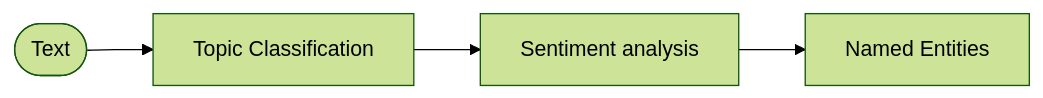
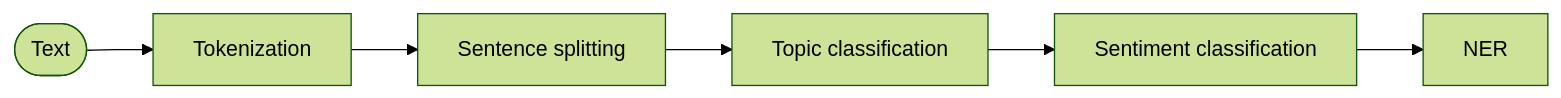
The diagram in blog/one-stop-nlp/index.qmd (psimm/website), drawn with Mermaid (forest theme) before and after one commit. The commit also changed other lines of this file and 6 other files, not shown here.

````diff
--- a/blog/one-stop-nlp/index.qmd
+++ b/blog/one-stop-nlp/index.qmd
@@ -391,6 +390,8 @@
 ```{mermaid}
 graph LR
-    A([Text]) --> B[Topic Classification]
-    B --> C[Sentiment analysis]
-    C --> D[Named Entities]
+    A([Text]) --> B[Tokenization]
+    B --> C[Sentence splitting]
+    C --> D[Topic classification]
+    D --> E[Sentiment classification]
+    E --> F[NER]
 ```
````
